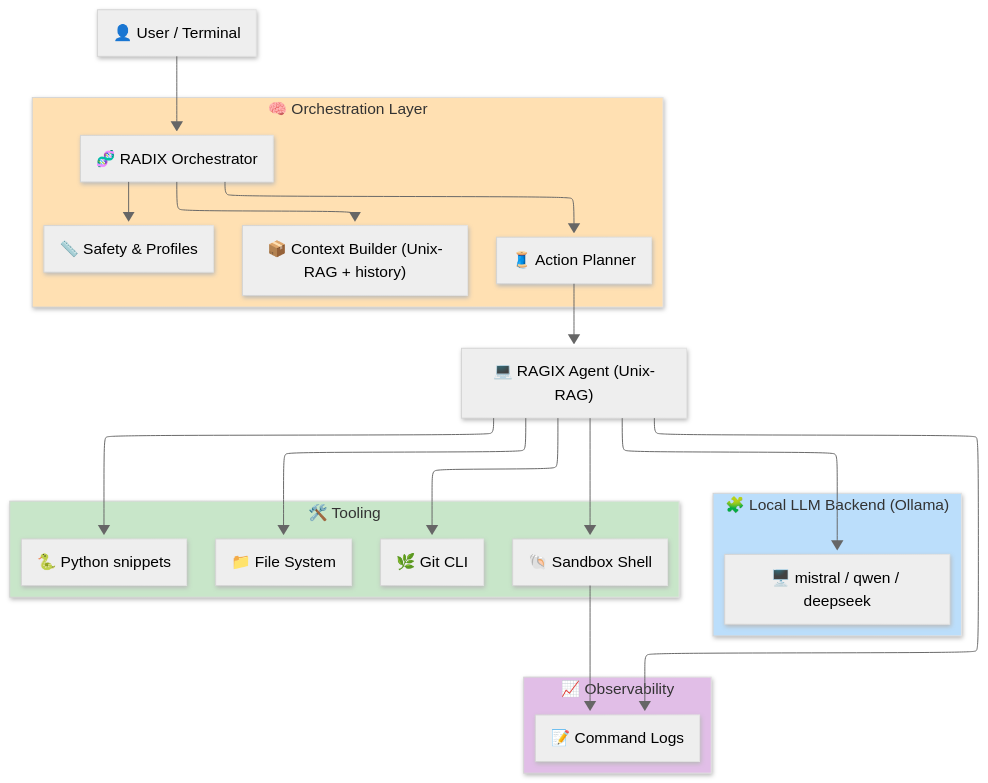
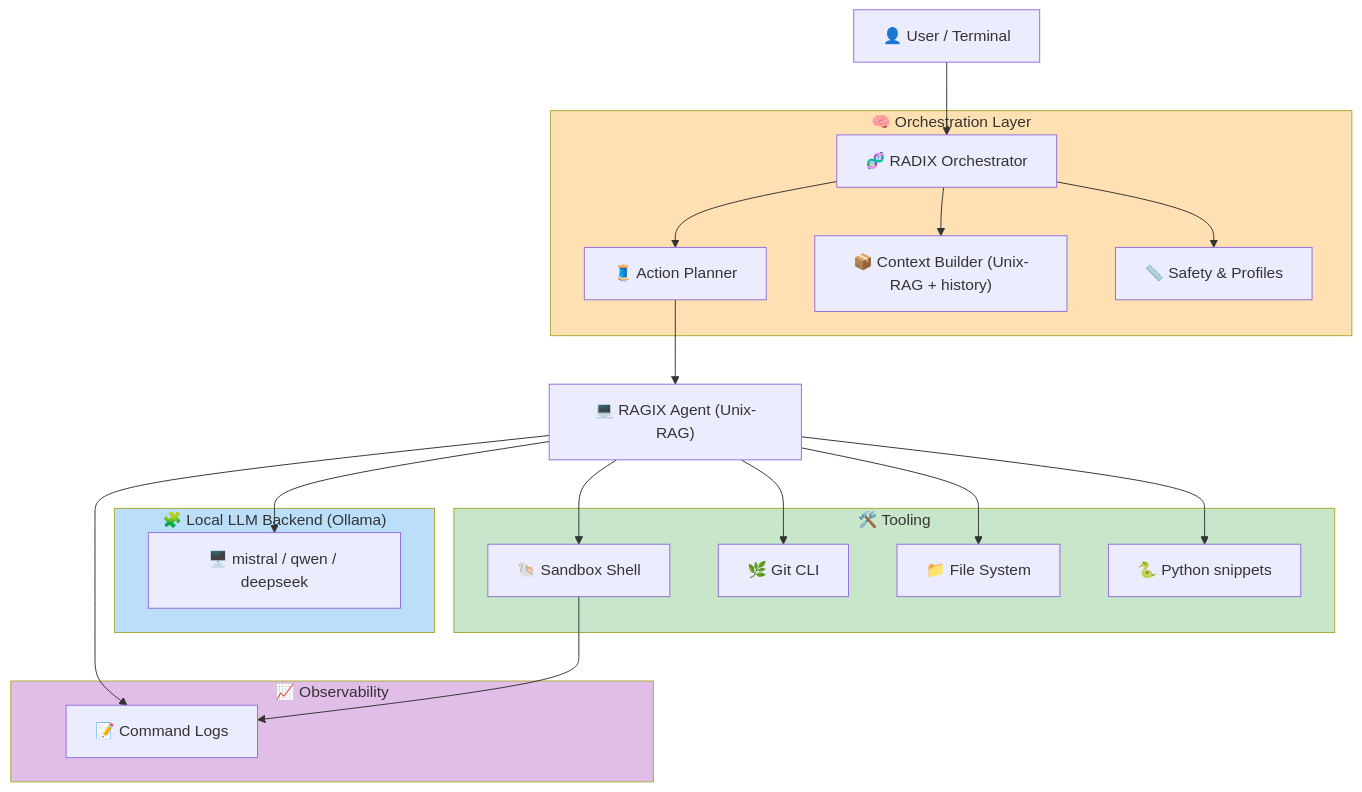
Before and after one commit to ovitrac/RAGIX: the second of 2 diagrams in README.md, drawn with Mermaid. The commit also changed other lines of this file, not shown here.

````diff
--- a/README.md
+++ b/README.md
@@ -139,37 +135,31 @@
 ```mermaid
----
-config:
-  layout: elk
-  look: neo
-  theme: neutral
----
 flowchart TB
  subgraph ORCH_SUB["🧠 Orchestration Layer"]
         ROUTE["🧵 Action Planner"]
         ORCH["🧬 RADIX Orchestrator"]
         CTX["📦 Context Builder (Unix-RAG + history)"]
         POLICY["📏 Safety & Profiles"]
   end
  subgraph LLM["🧩 Local LLM Backend (Ollama)"]
         MSTRL["🖥️ mistral / qwen / deepseek"]
   end
  subgraph TOOLS["🛠️ Tooling"]
         SHELL["🐚 Sandbox Shell"]
         GIT["🌿 Git CLI"]
         FS["📁 File System"]
         PY["🐍 Python snippets"]
   end
  subgraph OBS["📈 Observability"]
         LOGS["📝 Command Logs"]
   end
     U["👤 User / Terminal"] --> ORCH
     ORCH --> ROUTE & CTX & POLICY
     ROUTE --> RAGIX["💻 RAGIX Agent (Unix-RAG)"]
     RAGIX --> MSTRL & SHELL & GIT & FS & PY & LOGS
     SHELL --> LOGS
     style ORCH_SUB fill:#FFE0B2
     style LLM fill:#BBDEFB
     style TOOLS fill:#C8E6C9
     style OBS fill:#E1BEE7
 
 ```
````
